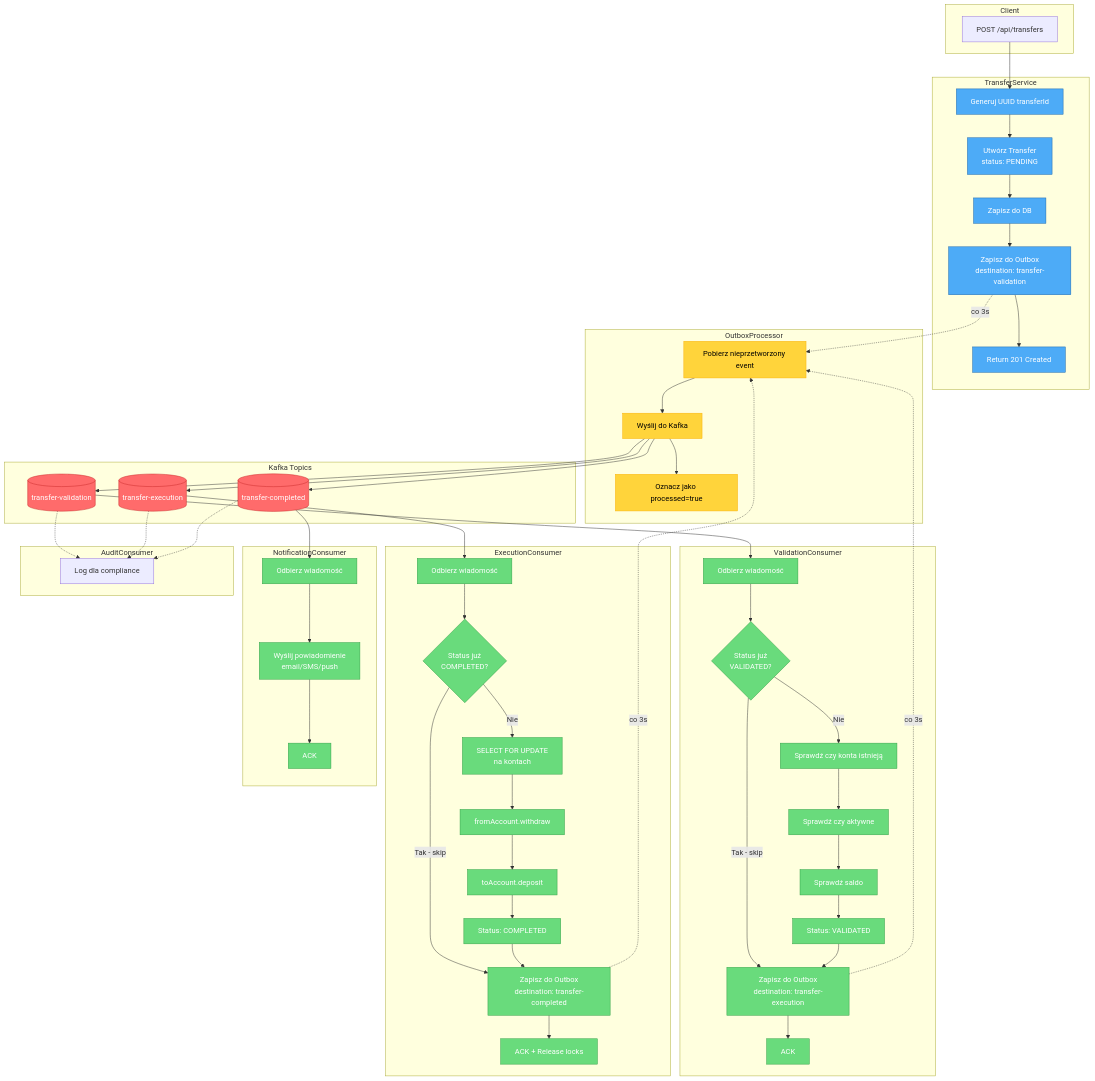
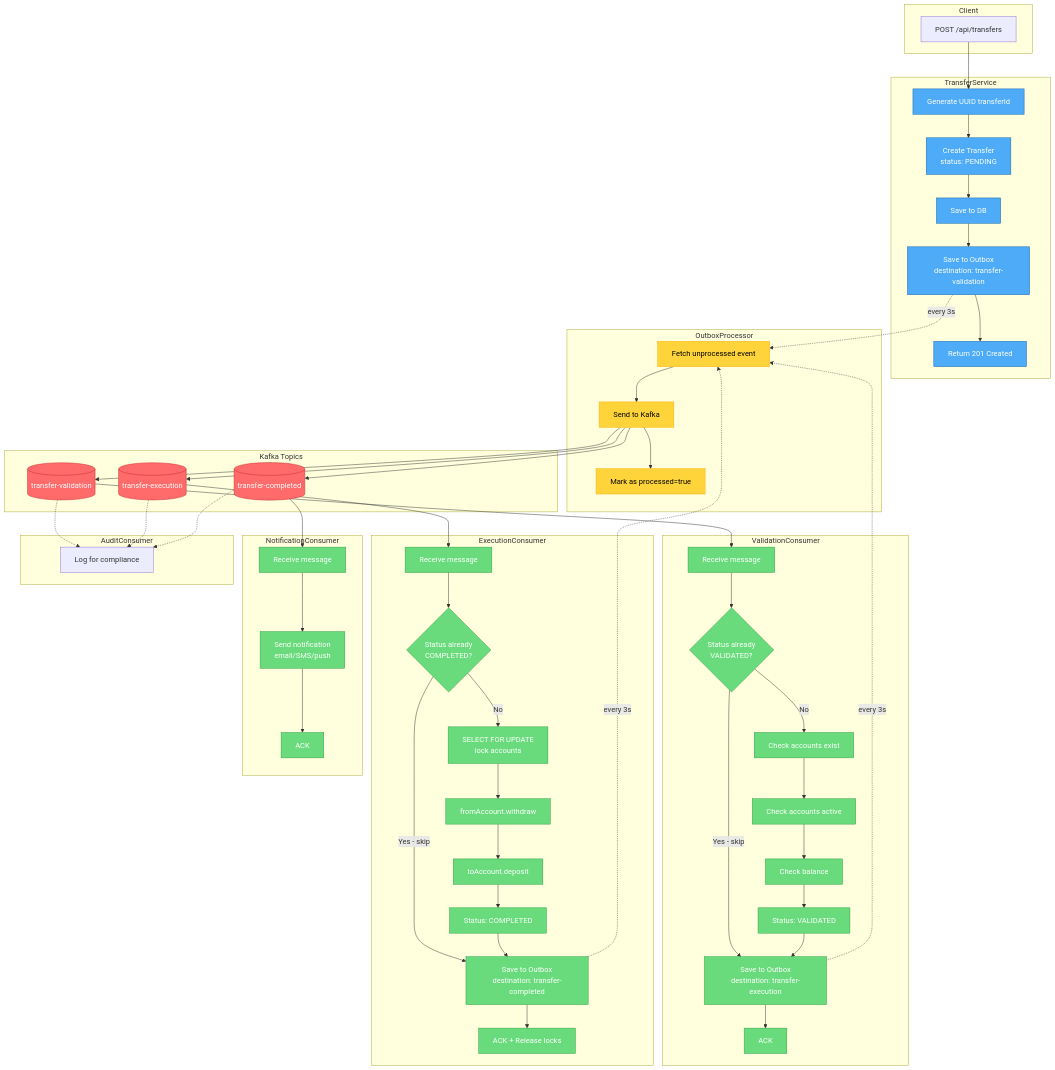
One commit to kmpol/banking-sysyem-kafka changed the first of 3 diagrams in docs/transfer-flow.md. Above: the diagram before and after it, drawn with Mermaid. The commit also changed other lines of this file and 1 other file, not shown here.

Commit message:
Translate flow diagrams to English
- Update transfer-flow.md with English labels and descriptions
- Update error-dlt-flow.md with English labels and descriptions
- Keep documentation language consistent with codebase

```diff
--- a/docs/transfer-flow.md
+++ b/docs/transfer-flow.md
@@ -9,17 +9,17 @@
     end
 
     subgraph TransferService
-        B[Generuj UUID transferId]
-        C[Utwórz Transfer<br/>status: PENDING]
-        D[Zapisz do DB]
-        E[Zapisz do Outbox<br/>destination: transfer-validation]
+        B[Generate UUID transferId]
+        C[Create Transfer<br/>status: PENDING]
+        D[Save to DB]
+        E[Save to Outbox<br/>destination: transfer-validation]
         F[Return 201 Created]
     end
 
     subgraph OutboxProcessor
-        G[Pobierz nieprzetworzony event]
-        H[Wyślij do Kafka]
-        I[Oznacz jako processed=true]
+        G[Fetch unprocessed event]
+        H[Send to Kafka]
+        I[Mark as processed=true]
     end
 
     subgraph Kafka Topics
@@ -29,61 +29,61 @@
     end
 
     subgraph ValidationConsumer
-        V1[Odbierz wiadomość]
-        V2{Status już<br/>VALIDATED?}
-        V3[Sprawdź czy konta istnieją]
-        V4[Sprawdź czy aktywne]
-        V5[Sprawdź saldo]
+        V1[Receive message]
+        V2{Status already<br/>VALIDATED?}
+        V3[Check accounts exist]
+        V4[Check accounts active]
+        V5[Check balance]
         V6[Status: VALIDATED]
-        V7[Zapisz do Outbox<br/>destination: transfer-execution]
+        V7[Save to Outbox<br/>destination: transfer-execution]
         V8[ACK]
     end
 
     subgraph ExecutionConsumer
-        E1[Odbierz wiadomość]
-        E2{Status już<br/>COMPLETED?}
-        E3[SELECT FOR UPDATE<br/>na kontach]
+        E1[Receive message]
+        E2{Status already<br/>COMPLETED?}
+        E3[SELECT FOR UPDATE<br/>lock accounts]
         E4[fromAccount.withdraw]
         E5[toAccount.deposit]
         E6[Status: COMPLETED]
-        E7[Zapisz do Outbox<br/>destination: transfer-completed]
+        E7[Save to Outbox<br/>destination: transfer-completed]
         E8[ACK + Release locks]
     end
 
     subgraph NotificationConsumer
-        N1[Odbierz wiadomość]
-        N2[Wyślij powiadomienie<br/>email/SMS/push]
+        N1[Receive message]
+        N2[Send notification<br/>email/SMS/push]
         N3[ACK]
     end
 
     subgraph AuditConsumer
-        AU[Log dla compliance]
+        AU[Log for compliance]
     end
 
     %% Main Flow
     A --> B --> C --> D --> E --> F
 
     %% Outbox to Validation
-    E -.->|co 3s| G
+    E -.->|every 3s| G
     G --> H --> I
     H --> K1
 
     %% Validation Consumer
     K1 --> V1 --> V2
-    V2 -->|Tak - skip| V7
-    V2 -->|Nie| V3 --> V4 --> V5 --> V6 --> V7 --> V8
+    V2 -->|Yes - skip| V7
+    V2 -->|No| V3 --> V4 --> V5 --> V6 --> V7 --> V8
 
     %% Outbox to Execution
-    V7 -.->|co 3s| G
+    V7 -.->|every 3s| G
     H --> K2
 
     %% Execution Consumer
     K2 --> E1 --> E2
-    E2 -->|Tak - skip| E7
-    E2 -->|Nie| E3 --> E4 --> E5 --> E6 --> E7 --> E8
+    E2 -->|Yes - skip| E7
+    E2 -->|No| E3 --> E4 --> E5 --> E6 --> E7 --> E8
 
     %% Outbox to Completed
-    E7 -.->|co 3s| G
+    E7 -.->|every 3s| G
     H --> K3
 
     %% Notification Consumer
```
